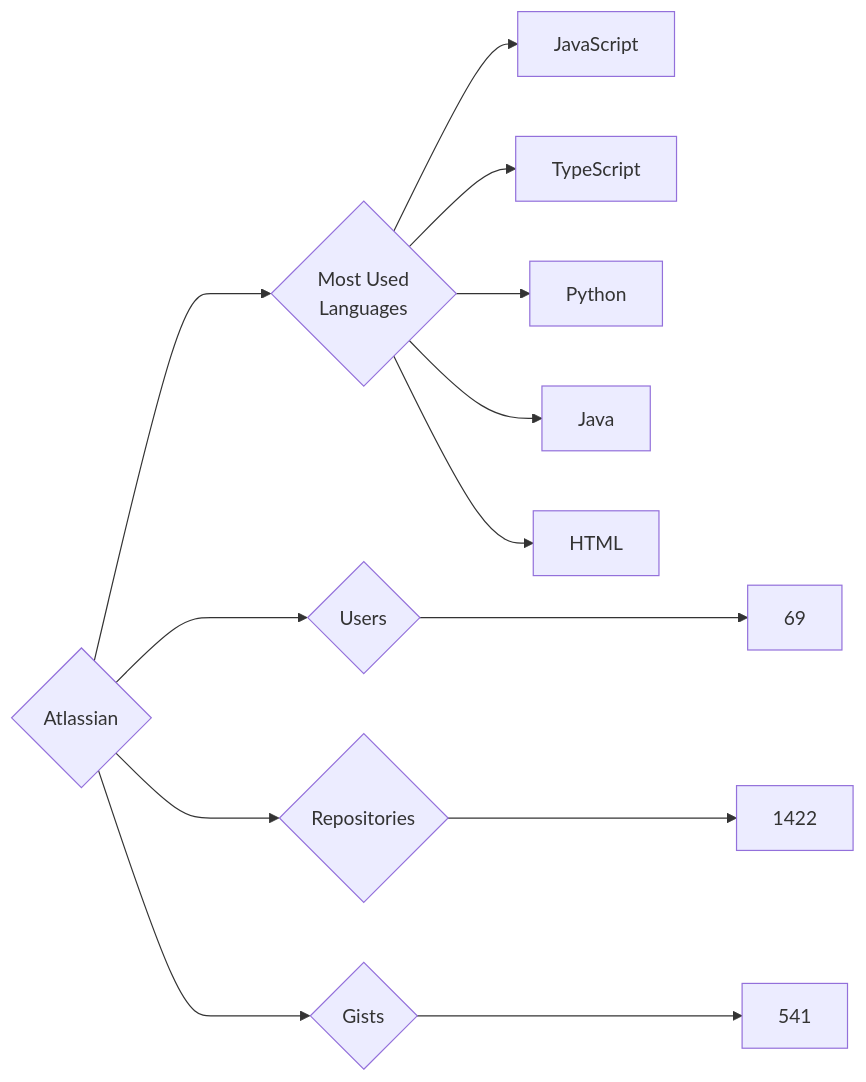
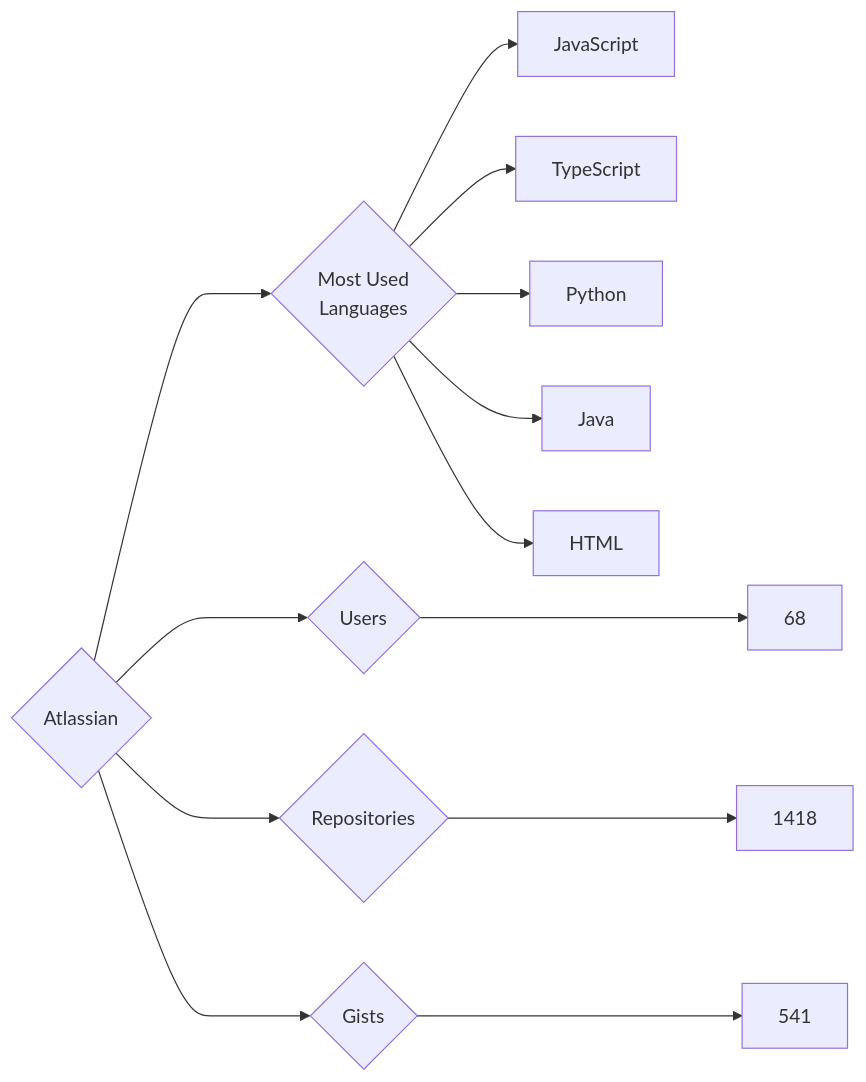
The diagram in targets/Atlassian/README.md (trickest/insiders), drawn with Mermaid before and after one commit. The commit also changed 1020 other files, not shown here.

````diff
--- a/targets/Atlassian/README.md
+++ b/targets/Atlassian/README.md
@@ -3,13 +3,13 @@
 ```mermaid
 graph LR
 COMPANY_NAME{Atlassian}
-COMPANY_NAME ---> U{Users} ---> UN[69]
-COMPANY_NAME ---> R{Repositories} ---> RN[1422]
+COMPANY_NAME ---> U{Users} ---> UN[68]
+COMPANY_NAME ---> R{Repositories} ---> RN[1418]
 COMPANY_NAME ---> G{Gists} ---> GN[541]
 COMPANY_NAME ---> ML{Most Used<br>Languages}
 ML --> JavaScript[JavaScript]
 ML --> TypeScript[TypeScript]
 ML --> Python[Python]
 ML --> Java[Java]
 ML --> HTML[HTML]
 ```
````
